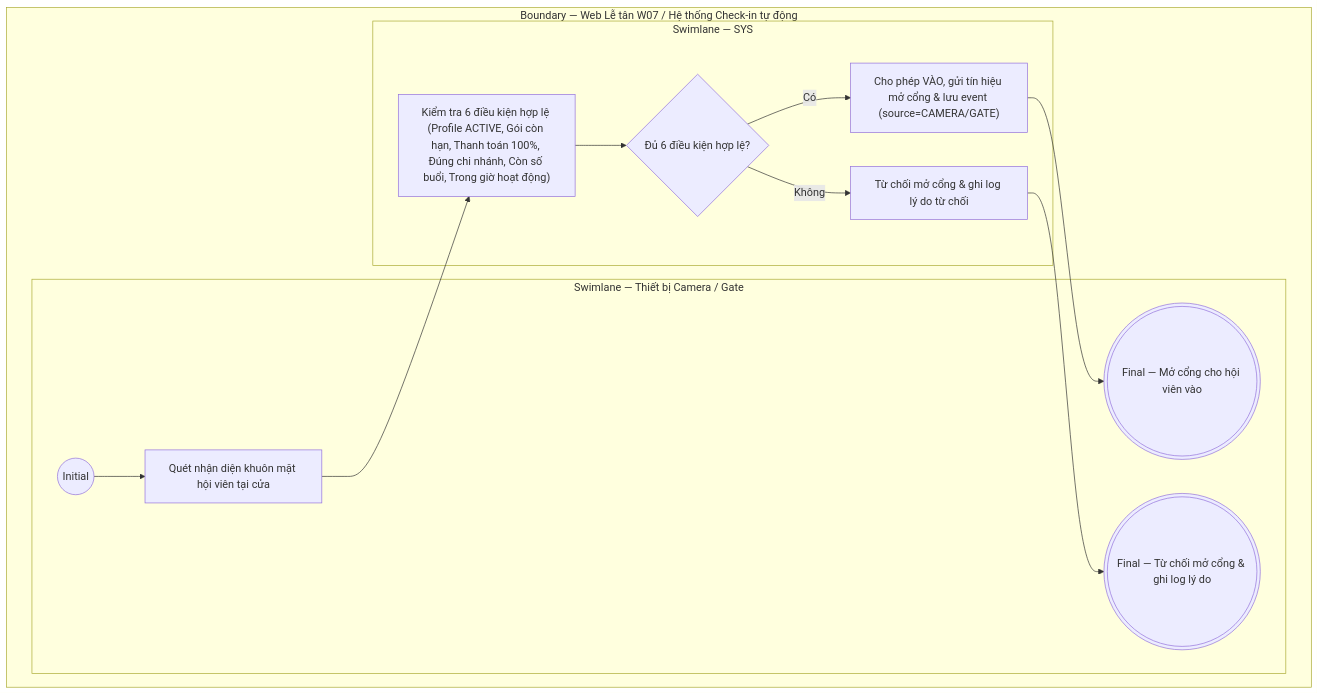
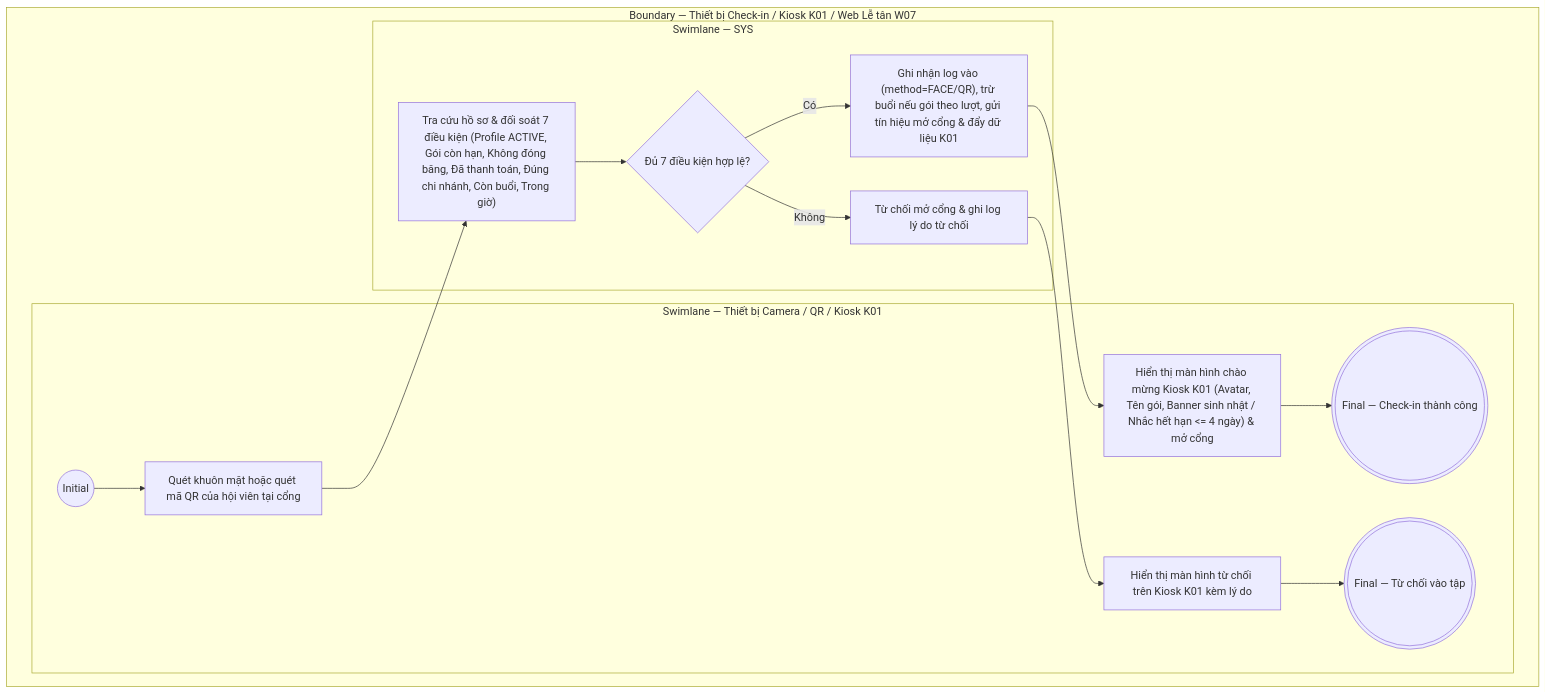
Before and after one commit to ThachY-23120411/Paradise-Gym-v2: the diagram in docs/user-stories/le-tan/LT-W07-Ra vào & check-in/LT-W07-US01-Xử lý check-in tự động qua thiết bị.md, drawn with Mermaid. The commit also changed other lines of this file and 294 other files, not shown here.

````diff
--- a/docs/user-stories/le-tan/LT-W07-Ra vào & check-in/LT-W07-US01-Xử lý check-in tự động qua thiết bị.md
+++ b/docs/user-stories/le-tan/LT-W07-Ra vào & check-in/LT-W07-US01-Xử lý check-in tự động qua thiết bị.md
@@ -39,22 +48,26 @@
 ```mermaid
 flowchart TB
-  subgraph B["Boundary — Web Lễ tân W07 / Hệ thống Check-in tự động"]
-    subgraph L0["Swimlane — Thiết bị Camera / Gate"]
+  subgraph B["Boundary — Thiết bị Check-in / Kiosk K01 / Web Lễ tân W07"]
+    subgraph L0["Swimlane — Thiết bị Camera / QR / Kiosk K01"]
       I01(("Initial"))
-      A01["Quét nhận diện khuôn mặt hội viên tại cửa"]
-      F01((("Final — Mở cổng cho hội viên vào")))
-      F02((("Final — Từ chối mở cổng & ghi log lý do")))
+      A01["Quét khuôn mặt hoặc quét mã QR của hội viên tại cổng"]
+      A02["Hiển thị màn hình chào mừng Kiosk K01 (Avatar, Tên gói, Banner sinh nhật / Nhắc hết hạn <= 4 ngày) & mở cổng"]
+      A03["Hiển thị màn hình từ chối trên Kiosk K01 kèm lý do"]
+      F01((("Final — Check-in thành công")))
+      F02((("Final — Từ chối vào tập")))
       I01 --> A01
+      A02 --> F01
+      A03 --> F02
     end
     subgraph L1["Swimlane — SYS"]
-      S01["Kiểm tra 6 điều kiện hợp lệ (Profile ACTIVE, Gói còn hạn, Thanh toán 100%, Đúng chi nhánh, Còn số buổi, Trong giờ hoạt động)"]
-      D01{"Đủ 6 điều kiện hợp lệ?"}
-      S02["Cho phép VÀO, gửi tín hiệu mở cổng & lưu event (source=CAMERA/GATE)"]
+      S01["Tra cứu hồ sơ & đối soát 7 điều kiện (Profile ACTIVE, Gói còn hạn, Không đóng băng, Đã thanh toán, Đúng chi nhánh, Còn buổi, Trong giờ)"]
+      D01{"Đủ 7 điều kiện hợp lệ?"}
+      S02["Ghi nhận log vào (method=FACE/QR), trừ buổi nếu gói theo lượt, gửi tín hiệu mở cổng & đẩy dữ liệu K01"]
       S03["Từ chối mở cổng & ghi log lý do từ chối"]
 
       A01 --> S01 --> D01
-      D01 -->|Có| S02 --> F01
-      D01 -->|Không| S03 --> F02
+      D01 -->|Có| S02 --> A02
+      D01 -->|Không| S03 --> A03
     end
   end
 ```
````
